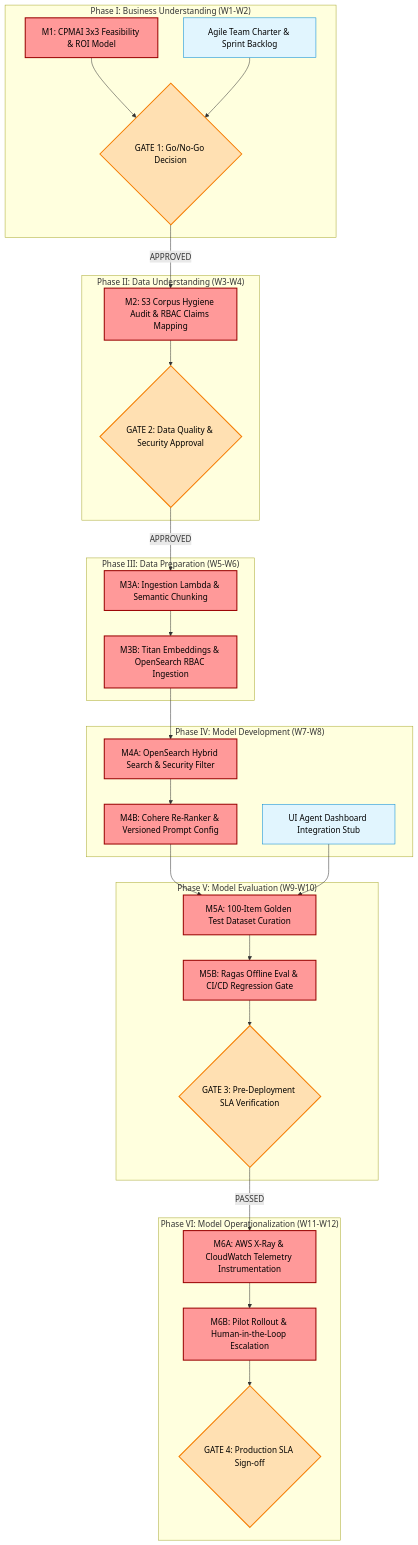
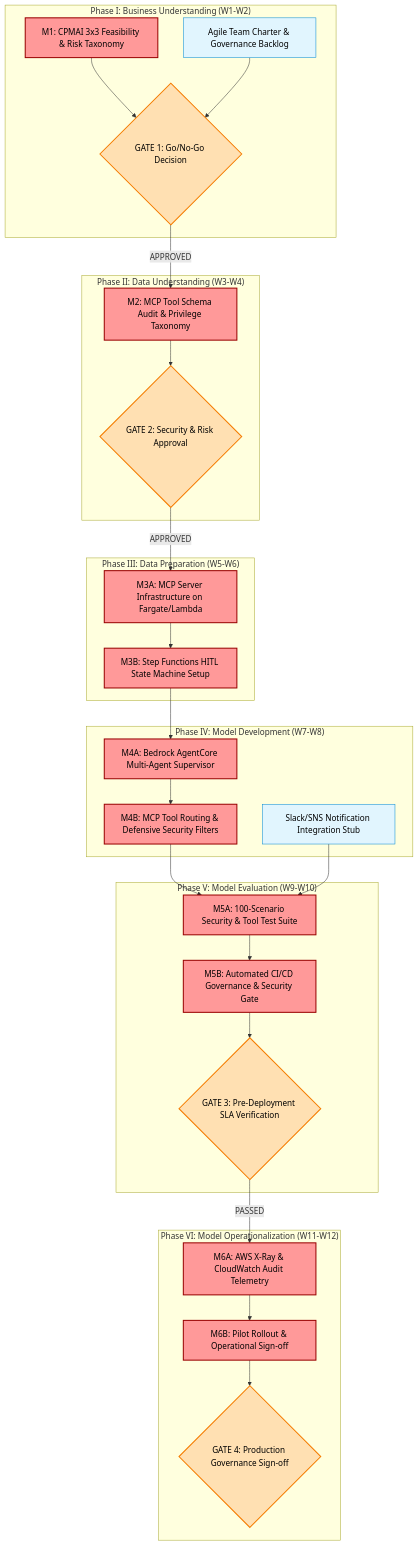
The second of 2 diagrams in README.md (maralackdavid/aws-agentcore-mcp-governance), drawn with Mermaid before and after one commit. The commit also changed other lines of this file, not shown here.

````diff
--- a/README.md
+++ b/README.md
@@ -114,57 +122,57 @@
 ```mermaid
 graph TD
     classDef critical fill:#ff9999,stroke:#990000,stroke-width:2px,color:#000;
     classDef slack fill:#e1f5fe,stroke:#0288d1,stroke-width:1px,color:#000;
     classDef gate fill:#ffe0b2,stroke:#f57c00,stroke-width:2px,color:#000;
 
     subgraph Phase1 ["Phase I: Business Understanding (W1-W2)"]
-        M1["M1: CPMAI 3x3 Feasibility & ROI Model"]:::critical
-        S1["Agile Team Charter & Sprint Backlog"]:::slack
+        M1["M1: CPMAI 3x3 Feasibility & Risk Taxonomy"]:::critical
+        S1["Agile Team Charter & Governance Backlog"]:::slack
         G1{"GATE 1: Go/No-Go Decision"}:::gate
     end
 
     subgraph Phase2 ["Phase II: Data Understanding (W3-W4)"]
-        M2["M2: S3 Corpus Hygiene Audit & RBAC Claims Mapping"]:::critical
-        G2{"GATE 2: Data Quality & Security Approval"}:::gate
+        M2["M2: MCP Tool Schema Audit & Privilege Taxonomy"]:::critical
+        G2{"GATE 2: Security & Risk Approval"}:::gate
     end
 
     subgraph Phase3 ["Phase III: Data Preparation (W5-W6)"]
-        M3A["M3A: Ingestion Lambda & Semantic Chunking"]:::critical
-        M3B["M3B: Titan Embeddings & OpenSearch RBAC Ingestion"]:::critical
+        M3A["M3A: MCP Server Infrastructure on Fargate/Lambda"]:::critical
+        M3B["M3B: Step Functions HITL State Machine Setup"]:::critical
     end
 
     subgraph Phase4 ["Phase IV: Model Development (W7-W8)"]
-        M4A["M4A: OpenSearch Hybrid Search & Security Filter"]:::critical
-        M4B["M4B: Cohere Re-Ranker & Versioned Prompt Config"]:::critical
-        S2["UI Agent Dashboard Integration Stub"]:::slack
+        M4A["M4A: Bedrock AgentCore Multi-Agent Supervisor"]:::critical
+        M4B["M4B: MCP Tool Routing & Defensive Security Filters"]:::critical
+        S2["Slack/SNS Notification Integration Stub"]:::slack
     end
 
     subgraph Phase5 ["Phase V: Model Evaluation (W9-W10)"]
-        M5A["M5A: 100-Item Golden Test Dataset Curation"]:::critical
-        M5B["M5B: Ragas Offline Eval & CI/CD Regression Gate"]:::critical
+        M5A["M5A: 100-Scenario Security & Tool Test Suite"]:::critical
+        M5B["M5B: Automated CI/CD Governance & Security Gate"]:::critical
         G3{"GATE 3: Pre-Deployment SLA Verification"}:::gate
     end
 
     subgraph Phase6 ["Phase VI: Model Operationalization (W11-W12)"]
-        M6A["M6A: AWS X-Ray & CloudWatch Telemetry Instrumentation"]:::critical
-        M6B["M6B: Pilot Rollout & Human-in-the-Loop Escalation"]:::critical
-        G4{"GATE 4: Production SLA Sign-off"}:::gate
+        M6A["M6A: AWS X-Ray & CloudWatch Audit Telemetry"]:::critical
+        M6B["M6B: Pilot Rollout & Operational Sign-off"]:::critical
+        G4{"GATE 4: Production Governance Sign-off"}:::gate
     end
 
     %% Dependencies
     M1 --> G1
     S1 --> G1
     G1 -->|APPROVED| M2
     M2 --> G2
     G2 -->|APPROVED| M3A
     M3A --> M3B
     M3B --> M4A
     M4A --> M4B
     M4B --> M5A
     S2 --> M5A
     M5A --> M5B
     M5B --> G3
     G3 -->|PASSED| M6A
     M6A --> M6B
     M6B --> G4
 ```
````
